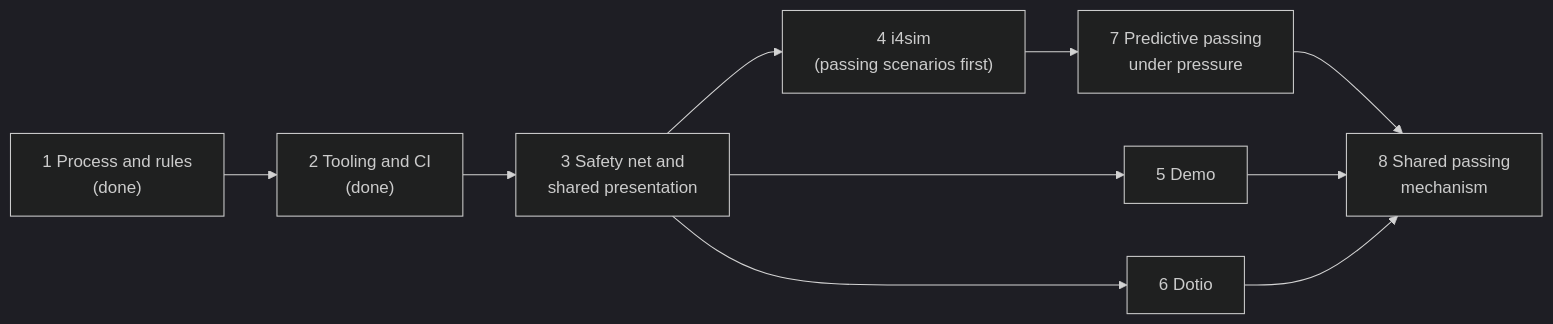
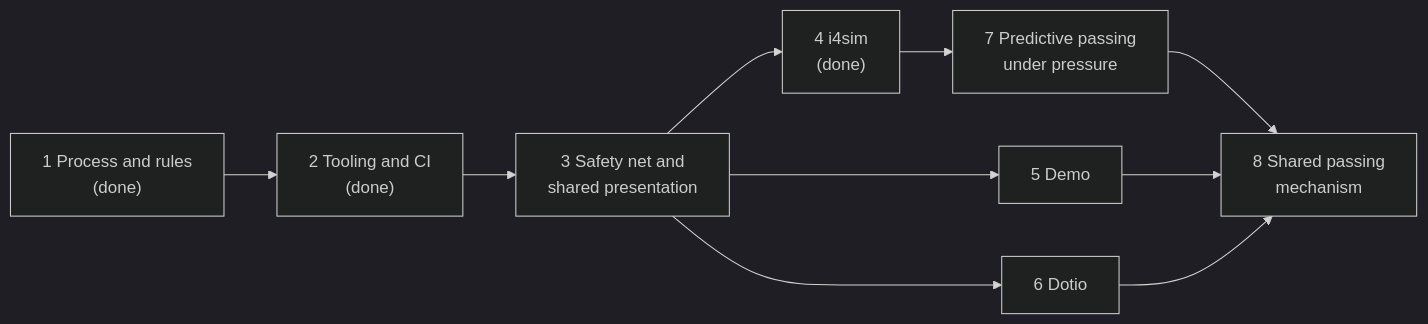
Before and after one commit to SMB-M87/Kinetra-Lab: the diagram in docs/design/2026-11-18-quality-roadmap.md, drawn with Mermaid (dark theme). The commit also changed other lines of this file and 4 other files, not shown here.

First line of the commit message:
docs(design): record step 3 review, verification, pull request and roadmap status

````diff
--- a/docs/design/2026-11-18-quality-roadmap.md
+++ b/docs/design/2026-11-18-quality-roadmap.md
@@ -81,12 +81,12 @@
 ```mermaid
 flowchart LR
     P1["1 Process and rules<br/>(done)"] --> P2["2 Tooling and CI<br/>(done)"]
     P2 --> P3["3 Safety net and<br/>shared presentation"]
-    P3 --> P4["4 i4sim<br/>(passing scenarios first)"]
+    P3 --> P4["4 i4sim<br/>(done)"]
     P3 --> P5["5 Demo"]
     P3 --> P6["6 Dotio"]
     P4 --> P7["7 Predictive passing<br/>under pressure"]
     P7 --> P8["8 Shared passing<br/>mechanism"]
     P5 --> P8
     P6 --> P8
 ```
````
